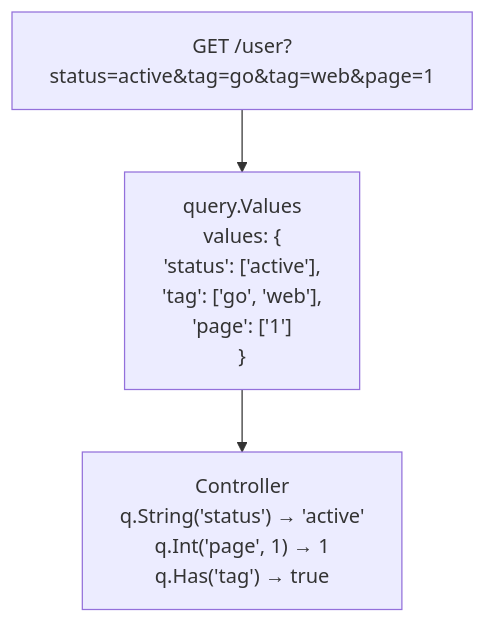
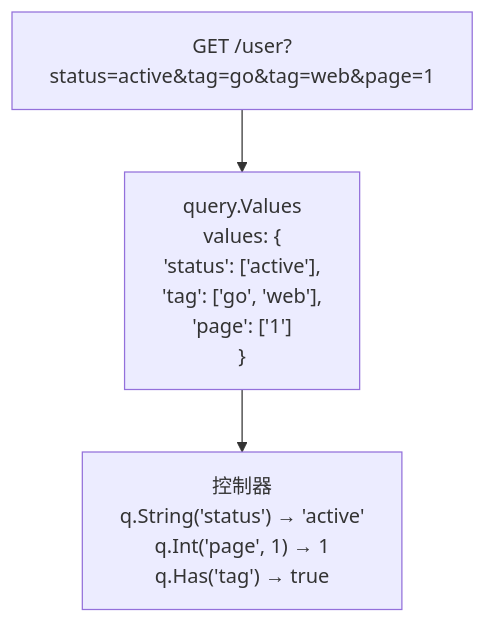
The diagram in docs/zh-Hans/learn/core-concepts/query-values.md (NARUBROWN/spine-site), drawn with Mermaid before and after one commit. The commit also changed other lines of this file and 158 other files, not shown here.

````diff
--- a/docs/zh-Hans/learn/core-concepts/query-values.md
+++ b/docs/zh-Hans/learn/core-concepts/query-values.md
@@ -18,12 +49,12 @@
 ```mermaid
 graph TD
     Request["GET /user?status=active&tag=go&tag=web&page=1"]
-    
+
     Request --> Values
-    
+
     Values["query.Values<br/>values: {<br/>  'status': ['active'],<br/>  'tag':    ['go', 'web'],<br/>  'page':   ['1']<br/>}"]
-    
+
     Values --> Controller
-    
-    Controller["Controller<br/>q.String('status')  → 'active'<br/>q.Int('page', 1)    → 1<br/>q.Has('tag')        → true"]
+
+    Controller["控制器<br/>q.String('status')  → 'active'<br/>q.Int('page', 1)    → 1<br/>q.Has('tag')        → true"]
 ```
````
